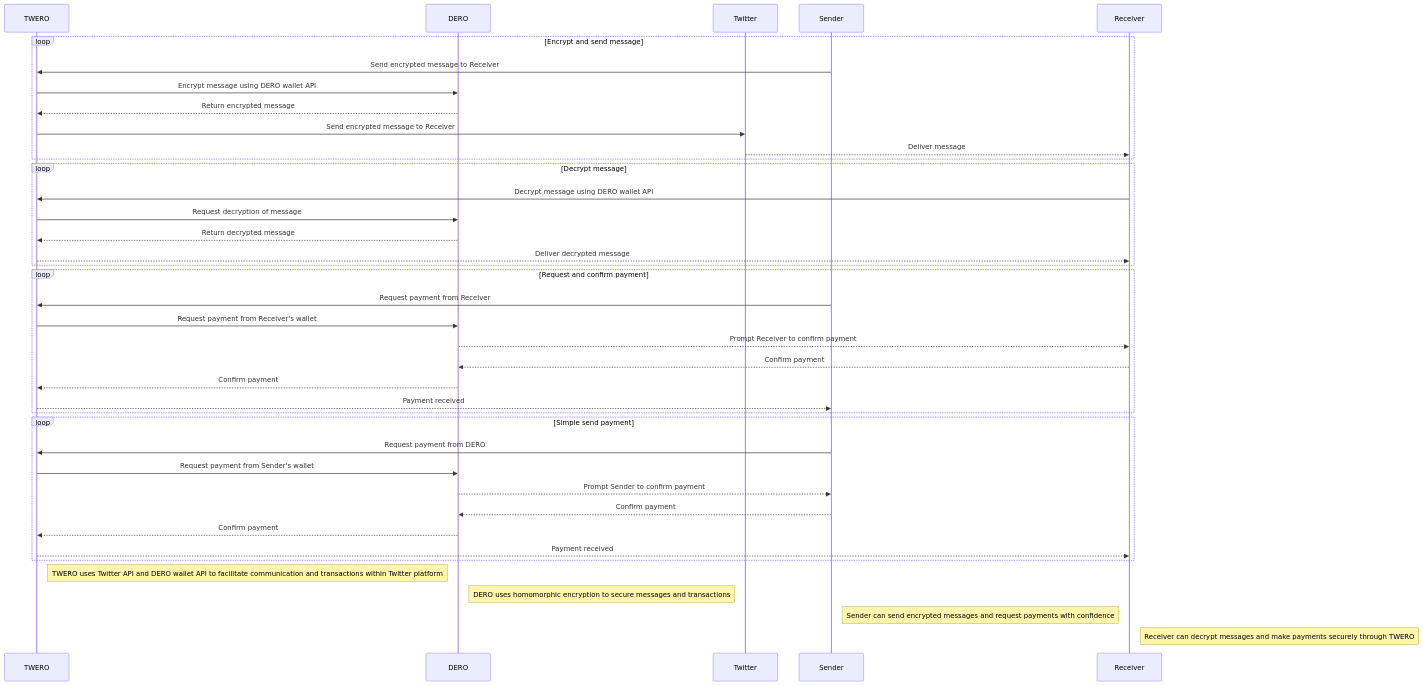
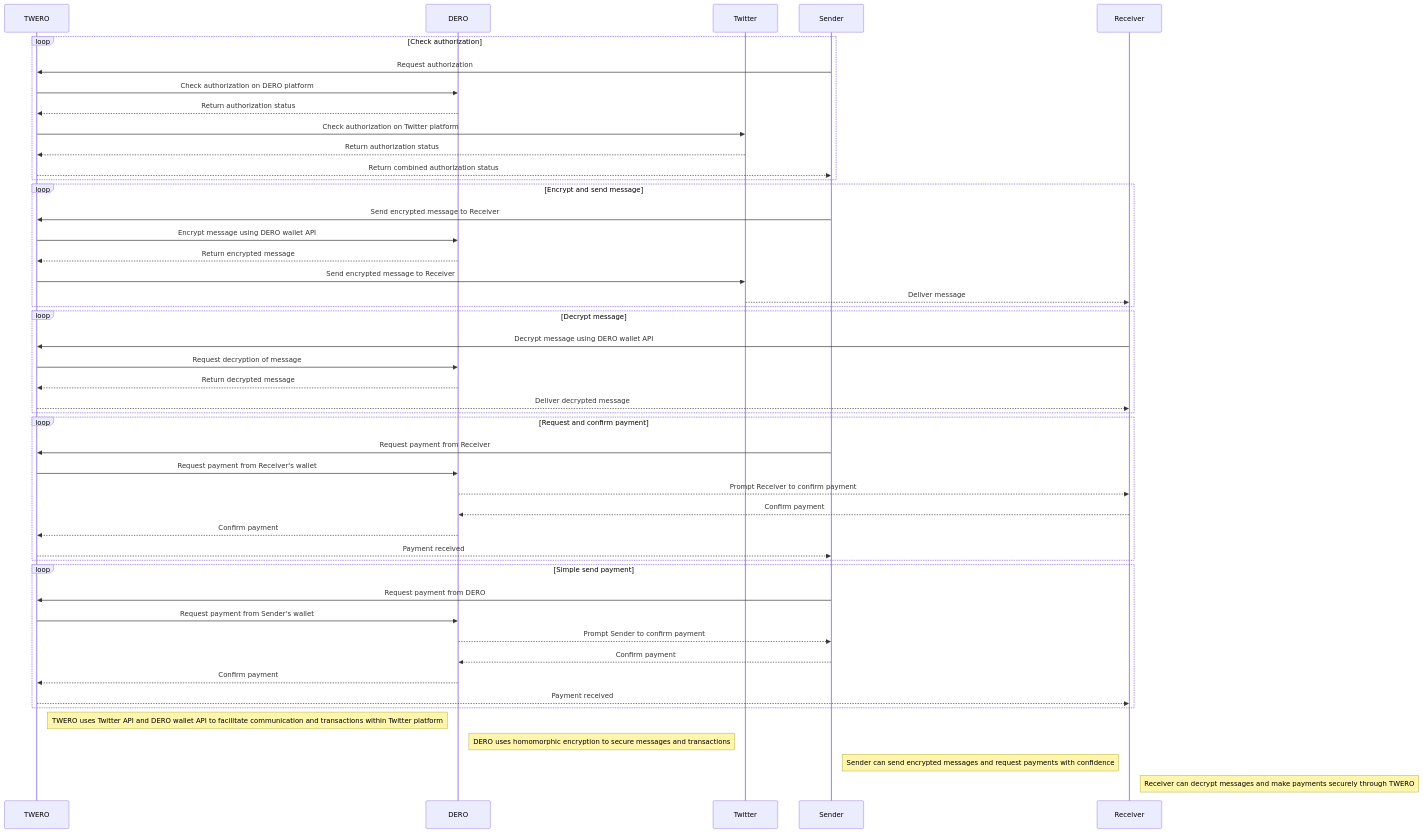
One commit to secretnamebasis/Scratch changed the diagram in TWEROworkflow.md. Above: the diagram before and after it, drawn with Mermaid.

````diff
--- a/TWEROworkflow.md
+++ b/TWEROworkflow.md
@@ -1,46 +1,55 @@
 ``` mermaid
 sequenceDiagram
 participant TWERO as TWERO
 participant DERO as DERO
 participant Twitter as Twitter
 participant Sender as Sender
 participant Receiver as Receiver
+
+loop Check authorization
+Sender->>TWERO: Request authorization
+TWERO->>DERO: Check authorization on DERO platform
+DERO-->>TWERO: Return authorization status
+TWERO->>Twitter: Check authorization on Twitter platform
+Twitter-->>TWERO: Return authorization status
+TWERO-->>Sender: Return combined authorization status
+end
 
 loop Encrypt and send message
 Sender->>TWERO: Send encrypted message to Receiver
 TWERO->>DERO: Encrypt message using DERO wallet API
 DERO-->>TWERO: Return encrypted message
 TWERO->>Twitter: Send encrypted message to Receiver
 Twitter-->>Receiver: Deliver message
 end
 
 loop Decrypt message
 Receiver->>TWERO: Decrypt message using DERO wallet API
 TWERO->>DERO: Request decryption of message
 DERO-->>TWERO: Return decrypted message
 TWERO-->>Receiver: Deliver decrypted message
 end
 
 loop Request and confirm payment
 Sender->>TWERO: Request payment from Receiver
 TWERO->>DERO: Request payment from Receiver's wallet
 DERO-->>Receiver: Prompt Receiver to confirm payment
 Receiver-->>DERO: Confirm payment
 DERO-->>TWERO: Confirm payment
 TWERO-->>Sender: Payment received
 end
 
 loop Simple send payment
 Sender->>TWERO: Request payment from DERO
 TWERO->>DERO: Request payment from Sender's wallet
 DERO-->>Sender: Prompt Sender to confirm payment
 Sender-->>DERO: Confirm payment
 DERO-->>TWERO: Confirm payment
 TWERO-->>Receiver: Payment received
 end
 
 Note right of TWERO: TWERO uses Twitter API and DERO wallet API to facilitate communication and transactions within Twitter platform
 Note right of DERO: DERO uses homomorphic encryption to secure messages and transactions
 Note right of Sender: Sender can send encrypted messages and request payments with confidence
 Note right of Receiver: Receiver can decrypt messages and make payments securely through TWERO
 ```
````
